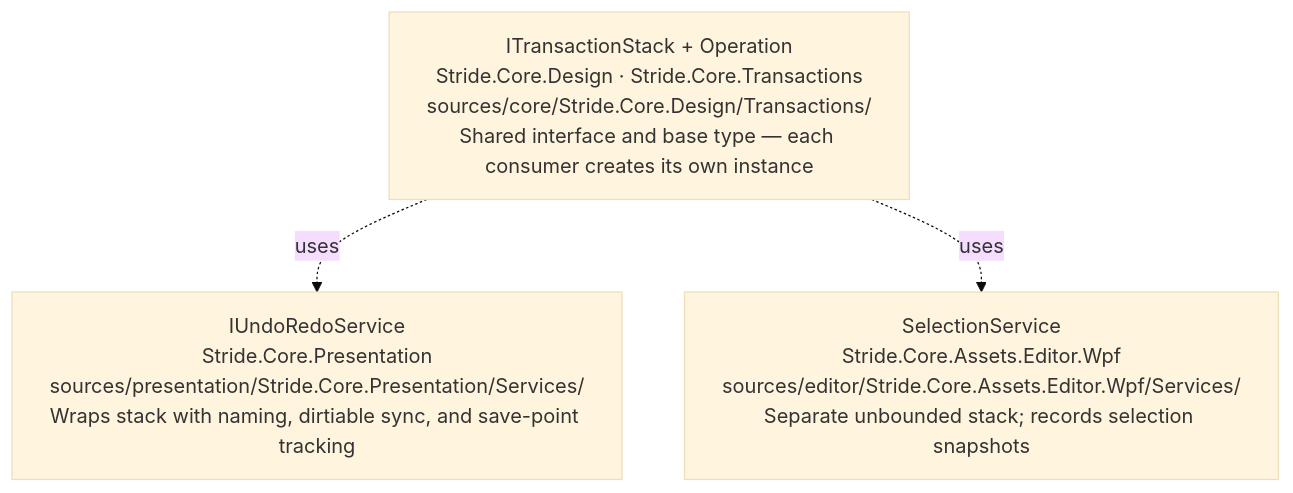
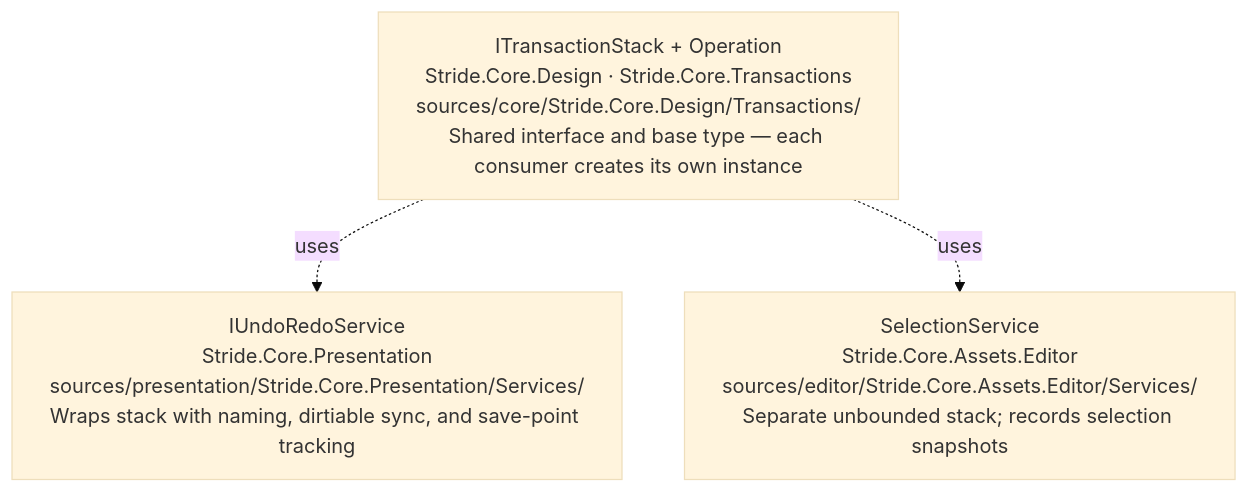
Before and after one commit to stride3d/stride: the diagram in docs/editor/README.md, drawn with Mermaid (base theme). The commit also changed other lines of this file and 13 other files, not shown here.

````diff
--- a/docs/editor/README.md
+++ b/docs/editor/README.md
@@ -7,9 +7,9 @@
 ```mermaid
 flowchart TD
     A["ITransactionStack + Operation<br/>Stride.Core.Design · Stride.Core.Transactions<br/>sources/core/Stride.Core.Design/Transactions/<br/>Shared interface and base type — each consumer creates its own instance"]
     B["IUndoRedoService<br/>Stride.Core.Presentation<br/>sources/presentation/Stride.Core.Presentation/Services/<br/>Wraps stack with naming, dirtiable sync, and save-point tracking"]
-    C["SelectionService<br/>Stride.Core.Assets.Editor.Wpf<br/>sources/editor/Stride.Core.Assets.Editor.Wpf/Services/<br/>Separate unbounded stack; records selection snapshots"]
+    C["SelectionService<br/>Stride.Core.Assets.Editor<br/>sources/editor/Stride.Core.Assets.Editor/Services/<br/>Separate unbounded stack; records selection snapshots"]
 
     A -. "uses" .-> B
     A -. "uses" .-> C
 ```
````
